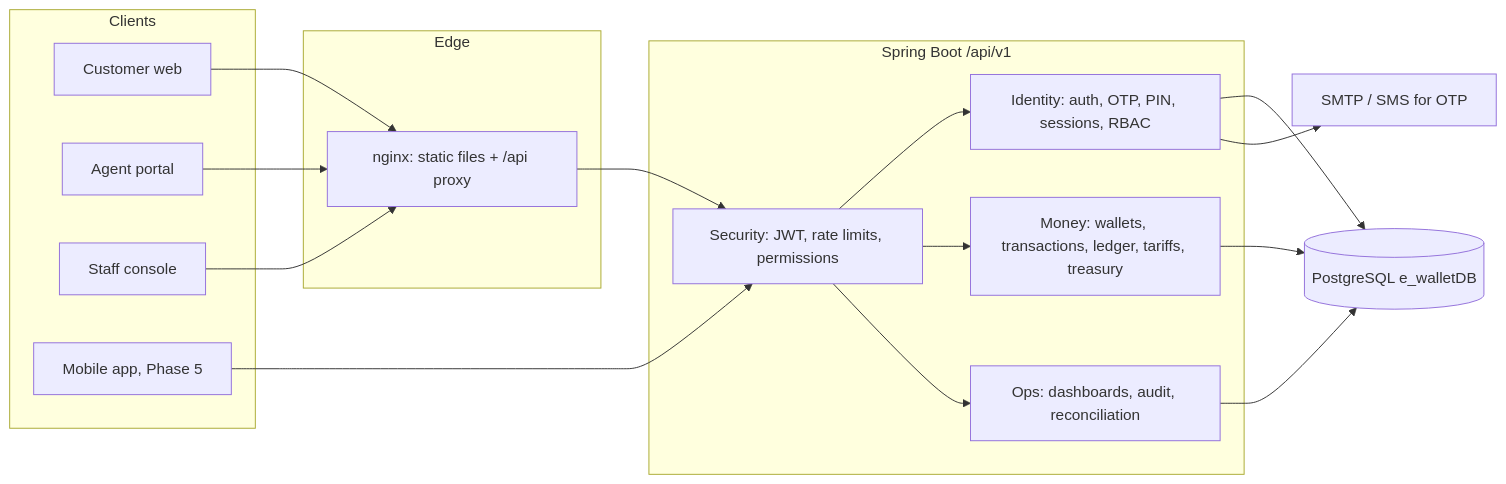
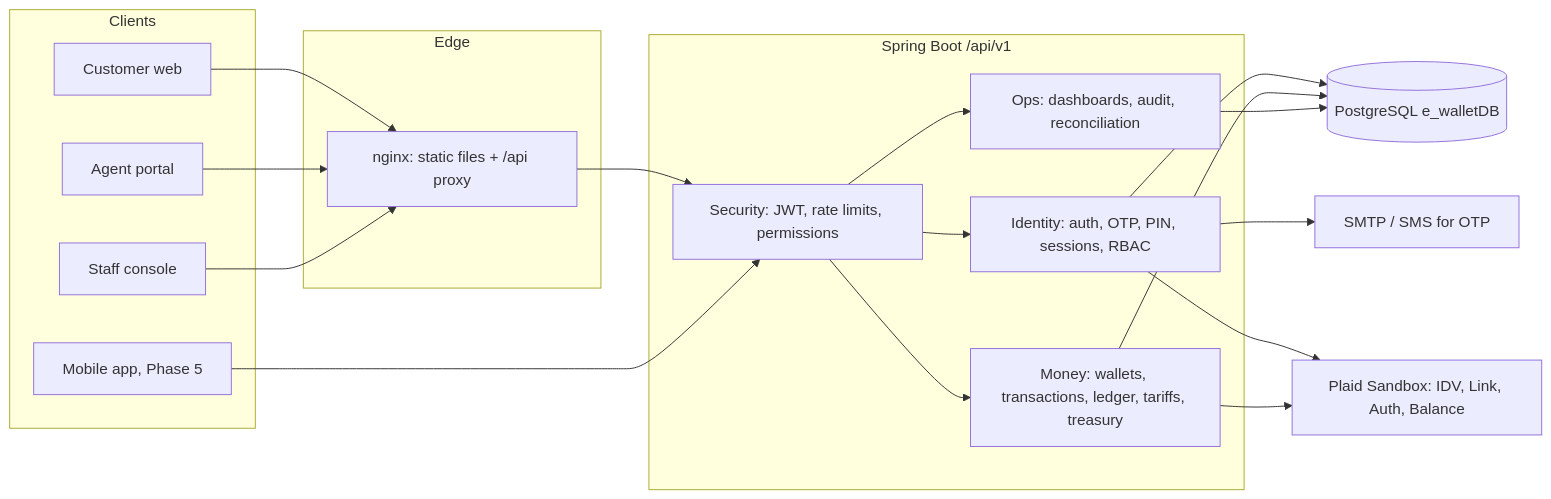
One commit to Abuu37/E-wallet-backend changed the tenth of 16 diagrams in docs/superpowers/specs/2026-11-23-flagship-wallet-program-design.md. Above: the diagram before and after it, drawn with Mermaid. The commit also changed other lines of this file, not shown here.

First line of the commit message:
docs: record 23 Nov answers; add Plaid Sandbox KYC and bank top-up design, tiered limits

````diff
--- a/docs/superpowers/specs/2026-11-23-flagship-wallet-program-design.md
+++ b/docs/superpowers/specs/2026-11-23-flagship-wallet-program-design.md
@@ -256,25 +373,27 @@
 ```mermaid
 flowchart LR
     subgraph Clients
         CW[Customer web]
         AP[Agent portal]
         SC[Staff console]
         MA[Mobile app, Phase 5]
     end
     subgraph Edge
         NG[nginx: static files + /api proxy]
     end
     subgraph API[Spring Boot /api/v1]
         SEC[Security: JWT, rate limits, permissions]
         ID[Identity: auth, OTP, PIN, sessions, RBAC]
         MON[Money: wallets, transactions, ledger, tariffs, treasury]
         OPS[Ops: dashboards, audit, reconciliation]
     end
     DB[(PostgreSQL e_walletDB)]
     MAIL[SMTP / SMS for OTP]
+    PLAID[Plaid Sandbox: IDV, Link, Auth, Balance]
     CW & AP & SC --> NG --> SEC
     MA --> SEC
     SEC --> ID & MON & OPS
     ID & MON & OPS --> DB
     ID --> MAIL
+    ID & MON --> PLAID
 ```
````
